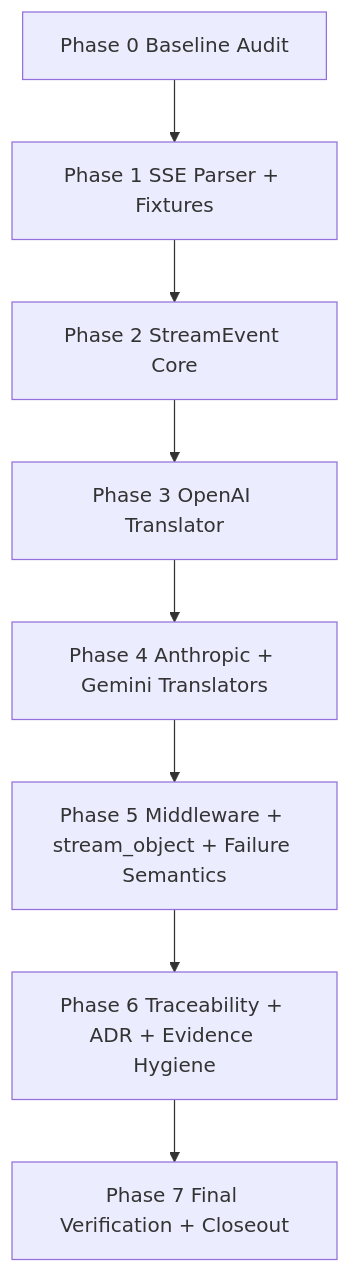
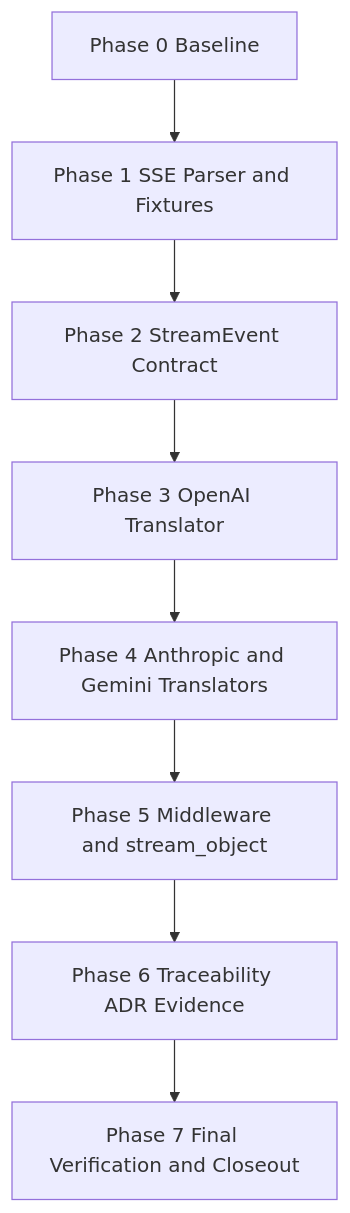
The third of 5 diagrams in docs/sprints/SPRINT-005-comprehensive-implementation-plan.md (jaytaylor/attractor-tcl), drawn with Mermaid before and after one commit. The commit also changed other lines of this file, not shown here.

````diff
--- a/docs/sprints/SPRINT-005-comprehensive-implementation-plan.md
+++ b/docs/sprints/SPRINT-005-comprehensive-implementation-plan.md
@@ -867,10 +519,10 @@
 ```mermaid
 flowchart TD
-  A[Phase 0 Baseline Audit] --> B[Phase 1 SSE Parser + Fixtures]
-  B --> C[Phase 2 StreamEvent Core]
-  C --> D[Phase 3 OpenAI Translator]
-  D --> E[Phase 4 Anthropic + Gemini Translators]
-  E --> F[Phase 5 Middleware + stream_object + Failure Semantics]
-  F --> G[Phase 6 Traceability + ADR + Evidence Hygiene]
-  G --> H[Phase 7 Final Verification + Closeout]
+    A[Phase 0 Baseline] --> B[Phase 1 SSE Parser and Fixtures]
+    B --> C[Phase 2 StreamEvent Contract]
+    C --> D[Phase 3 OpenAI Translator]
+    D --> E[Phase 4 Anthropic and Gemini Translators]
+    E --> F[Phase 5 Middleware and stream_object]
+    F --> G[Phase 6 Traceability ADR Evidence]
+    G --> H[Phase 7 Final Verification and Closeout]
 ```
````
